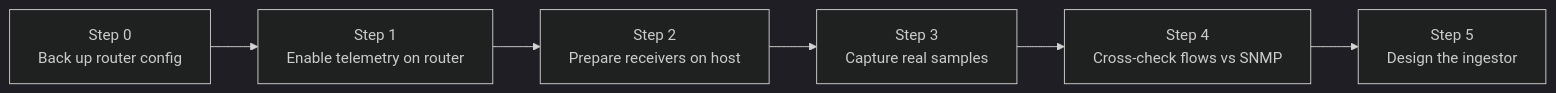
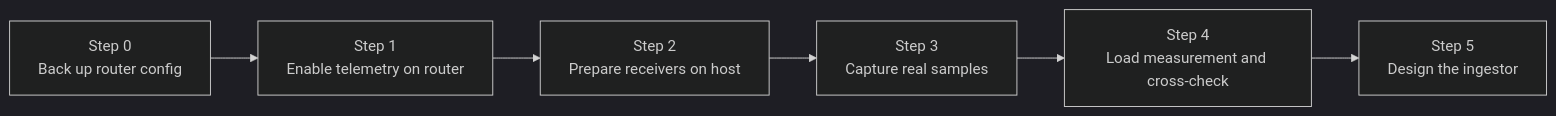
One commit to RStephanH/NAD changed the diagram in docs/guides/01-telemetry-and-ingestion.md. Above: the diagram before and after it, drawn with Mermaid (dark theme). The commit also changed other lines of this file and 1 other file, not shown here.

Commit message:
docs(guide-01): SNMPv3 setup, interface indexes, load measurement A/B/C

````diff
--- a/docs/guides/01-telemetry-and-ingestion.md
+++ b/docs/guides/01-telemetry-and-ingestion.md
@@ -63,8 +68,8 @@
 ```mermaid
 flowchart LR
   S0["Step 0<br/>Back up router config"] --> S1["Step 1<br/>Enable telemetry on router"]
   S1 --> S2["Step 2<br/>Prepare receivers on host"]
   S2 --> S3["Step 3<br/>Capture real samples"]
-  S3 --> S4["Step 4<br/>Cross-check flows vs SNMP"]
+  S3 --> S4["Step 4<br/>Load measurement and cross-check"]
   S4 --> S5["Step 5<br/>Design the ingestor"]
 ```
````
